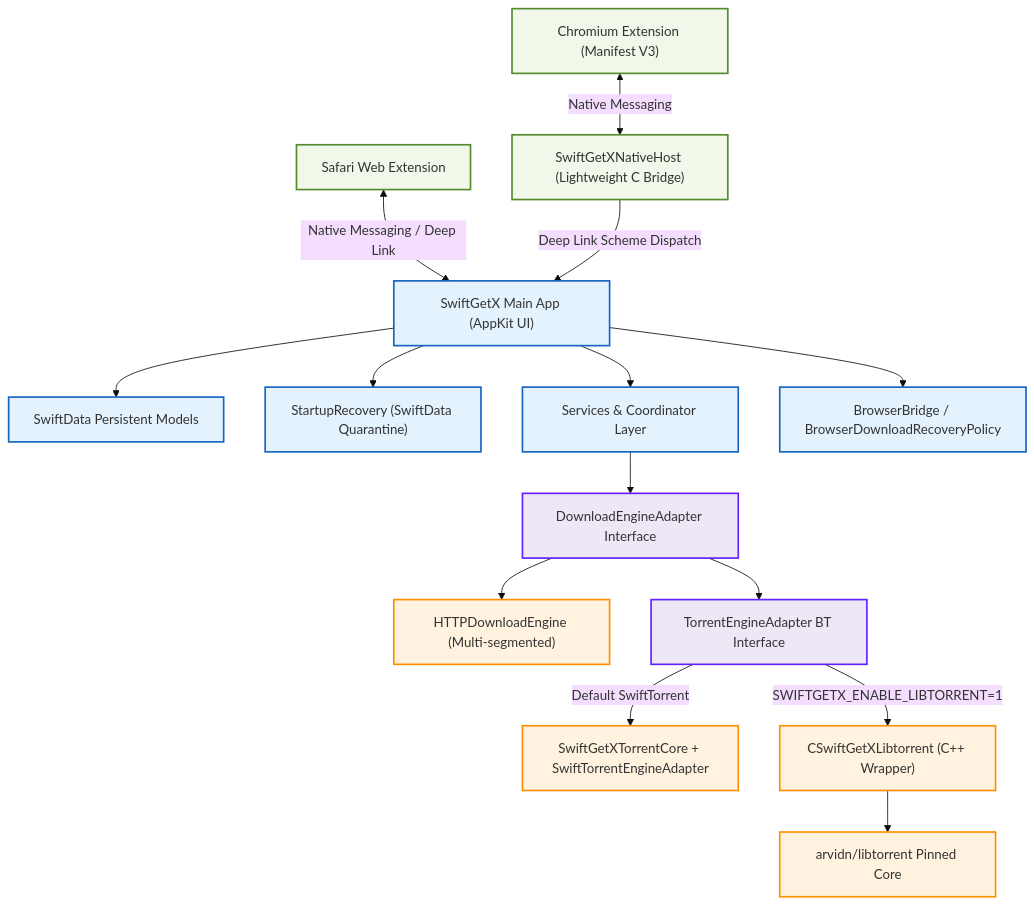
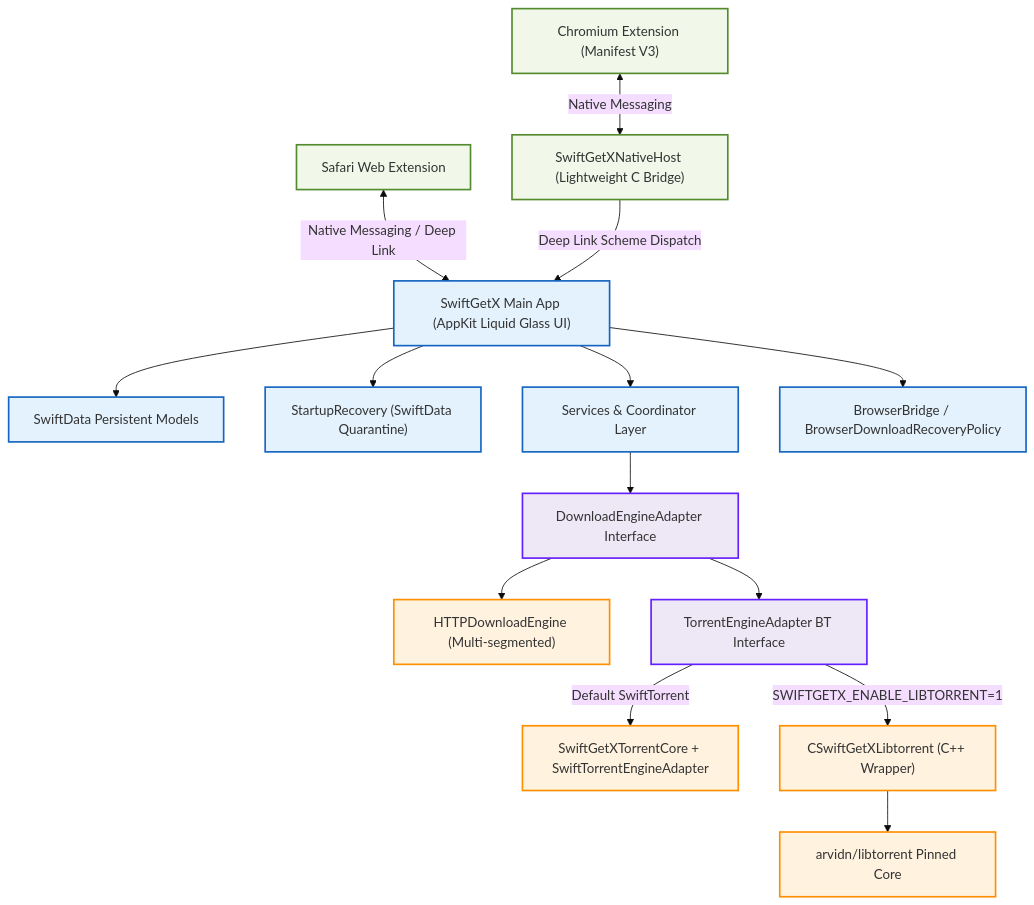
One commit to vancehuds/SwiftGetX changed the diagram in README.en.md. Above: the diagram before and after it, drawn with Mermaid (base theme). The commit also changed other lines of this file and 2 other files, not shown here.

Commit message:
Add Liquid Glass styling to AppKit UI and docs

````diff
--- a/README.en.md
+++ b/README.en.md
@@ -77,36 +77,36 @@
 ```mermaid
 graph TD
     classDef main fill:#E3F2FD,stroke:#1565C0,stroke-width:2px;
     classDef browser fill:#F1F8E9,stroke:#558B2F,stroke-width:2px;
     classDef core fill:#EDE7F6,stroke:#651FFF,stroke-width:2px;
     classDef engine fill:#FFF3E0,stroke:#FF8F00,stroke-width:2px;
     
     Chrome["Chromium Extension (Manifest V3)"]:::browser
     Safari["Safari Web Extension"]:::browser
     NativeHost["SwiftGetXNativeHost (Lightweight C Bridge)"]:::browser
-    MainApp["SwiftGetX Main App (AppKit UI)"]:::main
+    MainApp["SwiftGetX Main App (AppKit Liquid Glass UI)"]:::main
     Models["SwiftData Persistent Models"]:::main
     StartupRecovery["StartupRecovery (SwiftData Quarantine)"]:::main
     Coordinator["Services & Coordinator Layer"]:::main
     BrowserBridge["BrowserBridge / BrowserDownloadRecoveryPolicy"]:::main
     Adapter["DownloadEngineAdapter Interface"]:::core
     HTTPEngine["HTTPDownloadEngine (Multi-segmented)"]:::engine
     TorrentAdapter["TorrentEngineAdapter BT Interface"]:::core
     SwiftTorrent["SwiftGetXTorrentCore + SwiftTorrentEngineAdapter"]:::engine
     LibtorrentWrapper["CSwiftGetXLibtorrent (C++ Wrapper)"]:::engine
     Libtorrent["arvidn/libtorrent Pinned Core"]:::engine
 
     Chrome <-->|"Native Messaging"| NativeHost
     Safari <-->|"Native Messaging / Deep Link"| MainApp
     NativeHost -->|"Deep Link Scheme Dispatch"| MainApp
     MainApp --> Models
     MainApp --> StartupRecovery
     MainApp --> Coordinator
     MainApp --> BrowserBridge
     Coordinator --> Adapter
     Adapter --> HTTPEngine
     Adapter --> TorrentAdapter
     TorrentAdapter -->|"Default SwiftTorrent"| SwiftTorrent
     TorrentAdapter -->|"SWIFTGETX_ENABLE_LIBTORRENT=1"| LibtorrentWrapper
     LibtorrentWrapper --> Libtorrent
 ```
````
